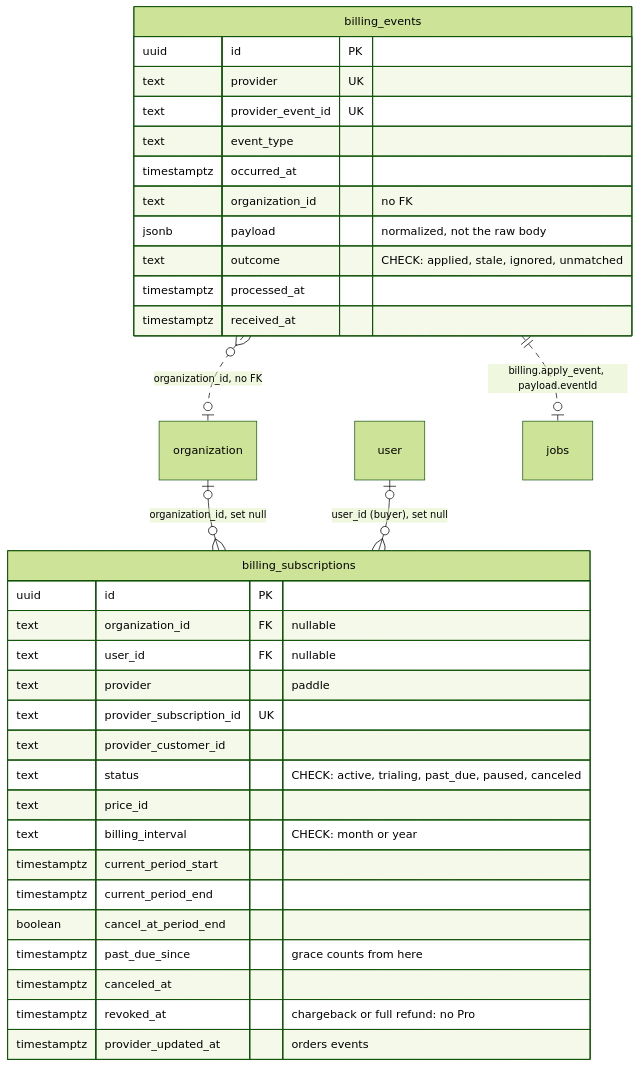
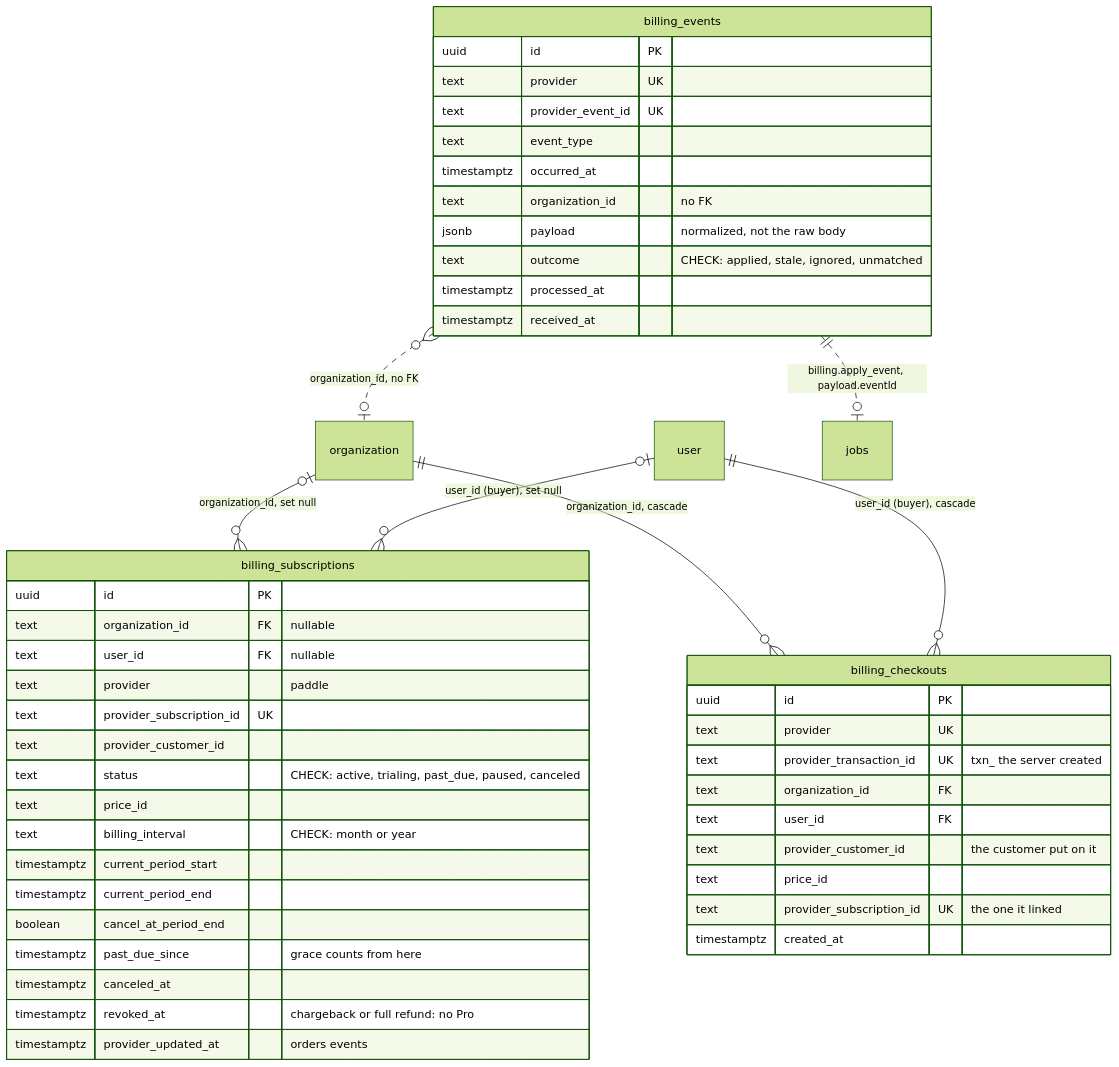
Before and after one commit to bhimrazy/receipt-ocr-app: the fifth of 6 diagrams in docs/architecture/data-model.md, drawn with Mermaid (forest theme). The commit also changed other lines of this file and 29 other files, not shown here.

First line of the commit message:
fix(billing): bind subscriptions and portal sessions to the checkout we created (#236)

````diff
--- a/docs/architecture/data-model.md
+++ b/docs/architecture/data-model.md
@@ -327,38 +327,51 @@
 ```mermaid
 erDiagram
   organization |o--o{ billing_subscriptions : "organization_id, set null"
   user |o--o{ billing_subscriptions : "user_id (buyer), set null"
+  organization ||--o{ billing_checkouts : "organization_id, cascade"
+  user ||--o{ billing_checkouts : "user_id (buyer), cascade"
   billing_events }o..o| organization : "organization_id, no FK"
   billing_events ||..o| jobs : "billing.apply_event, payload.eventId"
 
   billing_subscriptions {
     uuid id PK
     text organization_id FK "nullable"
     text user_id FK "nullable"
     text provider "paddle"
     text provider_subscription_id UK
     text provider_customer_id
     text status "CHECK: active, trialing, past_due, paused, canceled"
     text price_id
     text billing_interval "CHECK: month or year"
     timestamptz current_period_start
     timestamptz current_period_end
     boolean cancel_at_period_end
     timestamptz past_due_since "grace counts from here"
     timestamptz canceled_at
     timestamptz revoked_at "chargeback or full refund: no Pro"
     timestamptz provider_updated_at "orders events"
   }
+  billing_checkouts {
+    uuid id PK
+    text provider UK
+    text provider_transaction_id UK "txn_ the server created"
+    text organization_id FK
+    text user_id FK
+    text provider_customer_id "the customer put on it"
+    text price_id
+    text provider_subscription_id UK "the one it linked"
+    timestamptz created_at
+  }
   billing_events {
     uuid id PK
     text provider UK
     text provider_event_id UK
     text event_type
     timestamptz occurred_at
     text organization_id "no FK"
     jsonb payload "normalized, not the raw body"
     text outcome "CHECK: applied, stale, ignored, unmatched"
     timestamptz processed_at
     timestamptz received_at
   }
 ```
````
